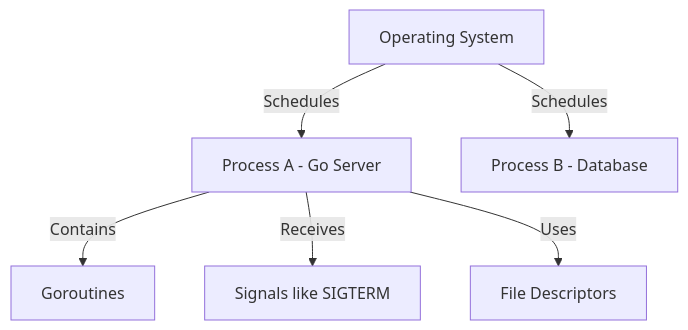
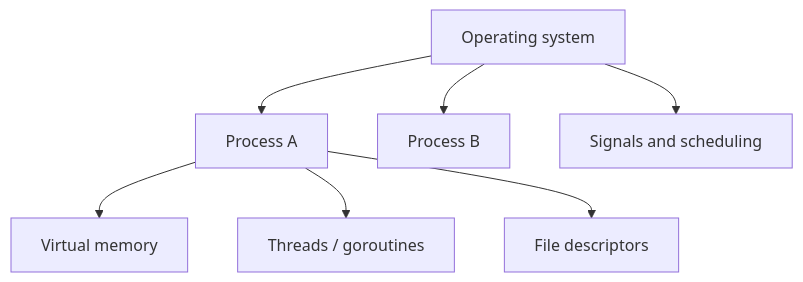
Before and after one commit to rasel9t6/the-go-engineer: the diagram in 00-how-computers-work/5-os-processes/README.md, drawn with Mermaid. The commit also changed other lines of this file and 71 other files, not shown here.

````diff
--- a/00-how-computers-work/5-os-processes/README.md
+++ b/00-how-computers-work/5-os-processes/README.md
@@ -13,8 +18,9 @@
 ```mermaid
 graph TD
-    A[Operating System] -->|Schedules| B[Process A - Go Server]
-    A -->|Schedules| C[Process B - Database]
-    B -->|Contains| D[Goroutines]
-    B -->|Receives| E[Signals like SIGTERM]
-    B -->|Uses| F[File Descriptors]
+    A["Operating system"] --> B["Process A"]
+    A --> C["Process B"]
+    B --> D["Virtual memory"]
+    B --> E["Threads / goroutines"]
+    B --> F["File descriptors"]
+    A --> G["Signals and scheduling"]
 ```
````
